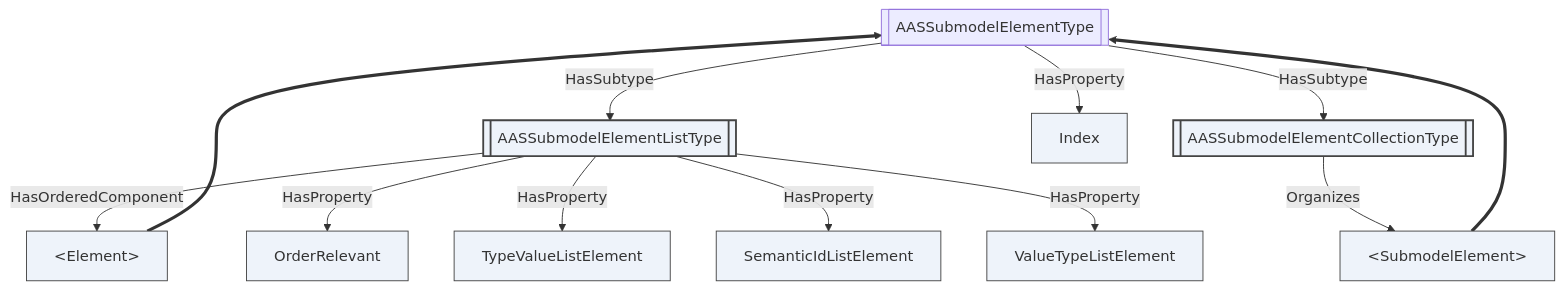
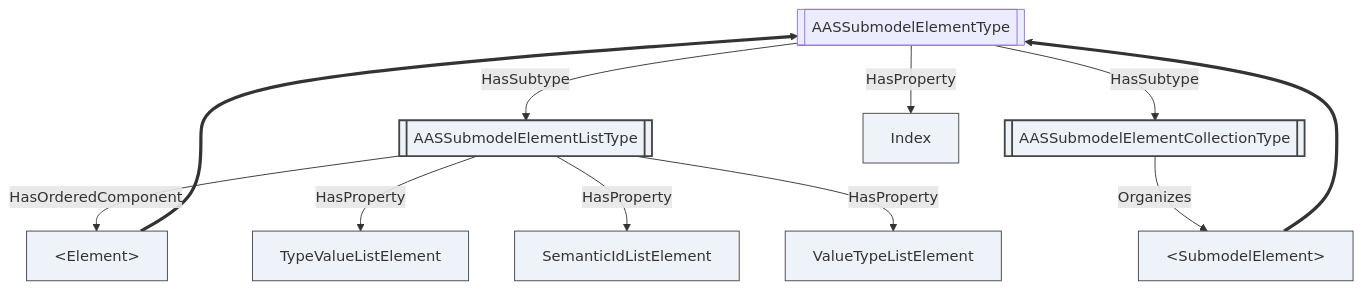
The ninth of 14 diagrams in companion-specs/AAS/OPC-UA-AAS.md (marcschier/opcua-drafts), drawn with Mermaid before and after one commit. The commit also changed other lines of this file and 9 other files, not shown here.

````diff
--- a/companion-specs/AAS/OPC-UA-AAS.md
+++ b/companion-specs/AAS/OPC-UA-AAS.md
@@ -740,30 +793,28 @@
 ```mermaid
 flowchart TD
   SET[[AASSubmodelElementType]]:::objecttype,abstract
   SEL[[AASSubmodelElementListType]]:::objecttype
   SEC[[AASSubmodelElementCollectionType]]:::objecttype
   ELM[&lt;Element&gt;]:::object
   SUB[&lt;SubmodelElement&gt;]:::object
-  ORD[OrderRelevant]:::variable
   TVL[TypeValueListElement]:::variable
   SIL[SemanticIdListElement]:::variable
   VTL[ValueTypeListElement]:::variable
   IDX[Index]:::variable
 
   SET -->|HasSubtype| SEL
   SET -->|HasSubtype| SEC
   SET -->|HasProperty| IDX
   SEL -->|HasOrderedComponent| ELM
   SEC -->|Organizes| SUB
   ELM ==> SET
   SUB ==> SET
-  SEL -->|HasProperty| ORD
   SEL -->|HasProperty| TVL
   SEL -->|HasProperty| SIL
   SEL -->|HasProperty| VTL
 
   classDef object fill:#eef3fa,stroke:#444
   classDef variable fill:#eef3fa,stroke:#444
   classDef objecttype fill:#eef3fa,stroke:#444,stroke-width:2px
   classDef abstract fill:#eef3fa,stroke:#444,stroke-width:2px,font-style:italic
 ```
````
